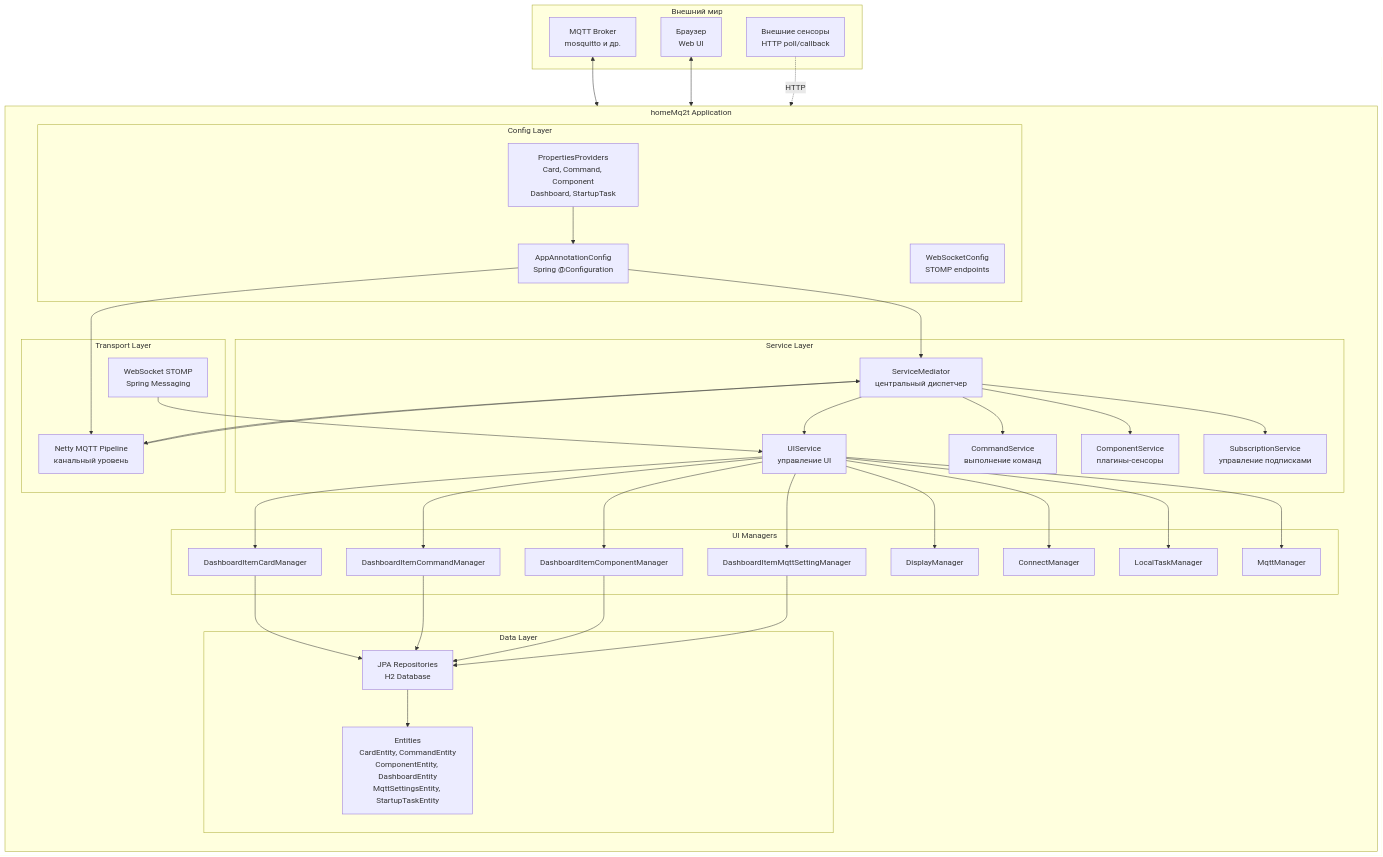
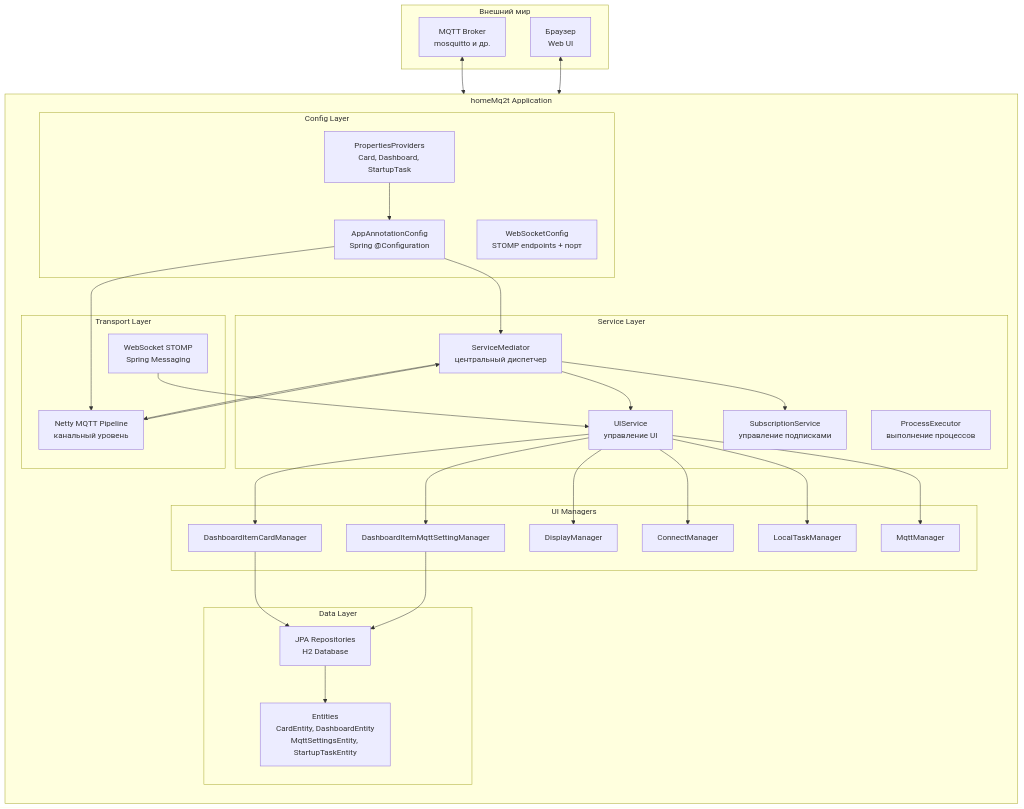
The first of 5 diagrams in plans/architecture.md (Maxeltr/homeMq2t), drawn with Mermaid before and after one commit. The commit also changed other lines of this file and 4 other files, not shown here.

````diff
--- a/plans/architecture.md
+++ b/plans/architecture.md
@@ -11,78 +11,67 @@
 ```mermaid
 flowchart TB
     subgraph "Внешний мир"
         MQTT_BROKER["MQTT Broker\nmosquitto и др."]
         BROWSER["Браузер\nWeb UI"]
-        SENSORS["Внешние сенсоры\nHTTP poll/callback"]
     end
 
     subgraph "homeMq2t Application"
         direction TB
 
         subgraph "Transport Layer"
             NETTY["Netty MQTT Pipeline\nканальный уровень"]
             WS_STOMP["WebSocket STOMP\nSpring Messaging"]
         end
 
         subgraph "Service Layer"
             MEDIATOR["ServiceMediator\nцентральный диспетчер"]
             UI_SERVICE["UIService\nуправление UI"]
-            CMD_SERVICE["CommandService\nвыполнение команд"]
-            COMP_SERVICE["ComponentService\nплагины-сенсоры"]
             SUB_SERVICE["SubscriptionService\nуправление подписками"]
+            PROCESS_EXEC["ProcessExecutor\nвыполнение процессов"]
         end
 
         subgraph "UI Managers"
             CARD_MGR["DashboardItemCardManager"]
-            CMD_MGR["DashboardItemCommandManager"]
-            COMP_MGR["DashboardItemComponentManager"]
             MQTT_SET_MGR["DashboardItemMqttSettingManager"]
             DISPLAY_MGR["DisplayManager"]
             CONNECT_MGR["ConnectManager"]
             LOCAL_TASK_MGR["LocalTaskManager"]
             PUBLISH_MGR["MqttManager"]
         end
 
         subgraph "Data Layer"
             REPOS["JPA Repositories\nH2 Database"]
-            ENTITIES["Entities\nCardEntity, CommandEntity\nComponentEntity, DashboardEntity\nMqttSettingsEntity, StartupTaskEntity"]
+            ENTITIES["Entities\nCardEntity, DashboardEntity\nMqttSettingsEntity, StartupTaskEntity"]
         end
 
         subgraph "Config Layer"
-            PROP_PROVIDERS["PropertiesProviders\nCard, Command, Component\nDashboard, StartupTask"]
+            PROP_PROVIDERS["PropertiesProviders\nCard, Dashboard, StartupTask"]
             APP_CONFIG["AppAnnotationConfig\nSpring @Configuration"]
-            WEB_SOCKET_CFG["WebSocketConfig\nSTOMP endpoints"]
+            WEB_SOCKET_CFG["WebSocketConfig\nSTOMP endpoints + порт"]
         end
     end
 
     MQTT_BROKER <--> NETTY
     BROWSER <--> WS_STOMP
-    SENSORS -.->|HTTP| COMP_SERVICE
 
     NETTY --> MEDIATOR
     WS_STOMP --> UI_SERVICE
     MEDIATOR --> UI_SERVICE
-    MEDIATOR --> CMD_SERVICE
-    MEDIATOR --> COMP_SERVICE
     MEDIATOR --> SUB_SERVICE
     MEDIATOR --> NETTY
 
     UI_SERVICE --> CARD_MGR
-    UI_SERVICE --> CMD_MGR
-    UI_SERVICE --> COMP_MGR
     UI_SERVICE --> MQTT_SET_MGR
     UI_SERVICE --> DISPLAY_MGR
     UI_SERVICE --> CONNECT_MGR
     UI_SERVICE --> LOCAL_TASK_MGR
     UI_SERVICE --> PUBLISH_MGR
 
     CARD_MGR --> REPOS
-    CMD_MGR --> REPOS
-    COMP_MGR --> REPOS
     MQTT_SET_MGR --> REPOS
     REPOS --> ENTITIES
 
     PROP_PROVIDERS --> APP_CONFIG
     APP_CONFIG --> MEDIATOR
     APP_CONFIG --> NETTY
 ```
````
